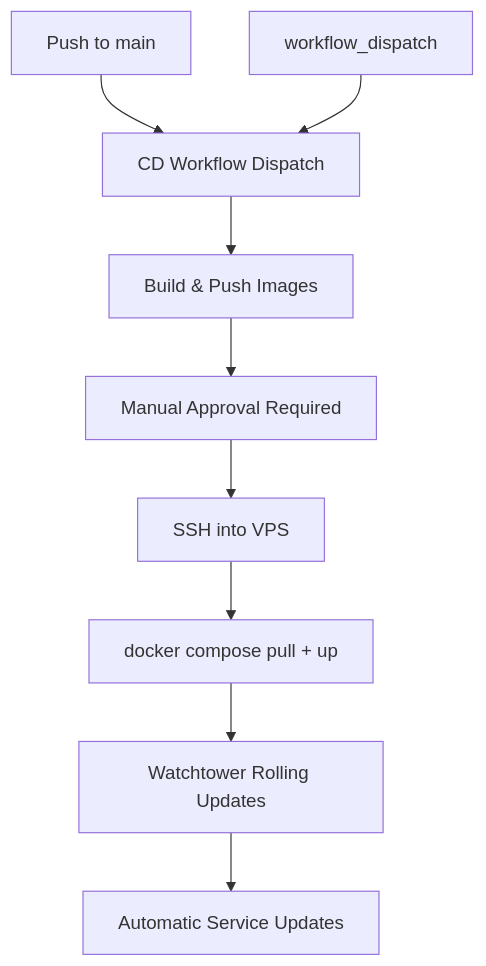
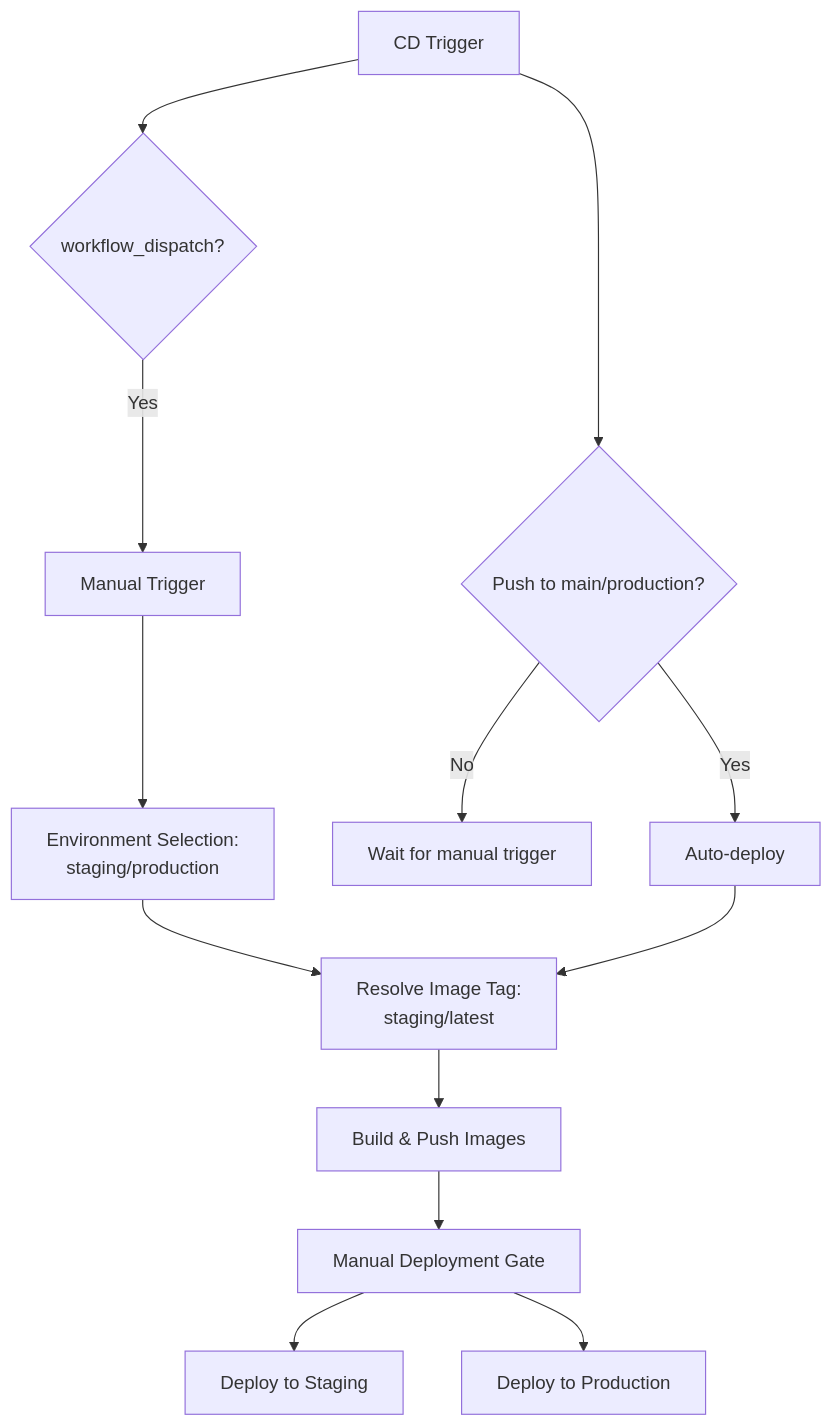
The eighth of 13 diagrams in .qoder/repowiki/en/content/Deployment & DevOps/CI_CD Pipelines.md (Revanththetalogics/aireume), drawn with Mermaid before and after one commit. The commit also changed other lines of this file and 9 other files, not shown here.

First line of the commit message:
fix: staging migration crash + preserve production volumes

````diff
--- a/.qoder/repowiki/en/content/Deployment & DevOps/CI_CD Pipelines.md
+++ b/.qoder/repowiki/en/content/Deployment & DevOps/CI_CD Pipelines.md
@@ -339,11 +339,15 @@
 ```mermaid
 flowchart TD
-Push["Push to main"] --> CDTrigger["CD Workflow Dispatch"]
-Dispatch["workflow_dispatch"] --> CDTrigger
-CDTrigger --> BuildImages["Build & Push Images"]
-BuildImages --> ManualGate["Manual Approval Required"]
-ManualGate --> VPS["SSH into VPS"]
-VPS --> Compose["docker compose pull + up"]
-Compose --> Watchtower["Watchtower Rolling Updates"]
-Watchtower --> Services["Automatic Service Updates"]
+Trigger["CD Trigger"] --> PushCheck{"Push to main/production?"}
+Trigger --> DispatchCheck{"workflow_dispatch?"}
+PushCheck --> |Yes| AutoDeploy["Auto-deploy"]
+PushCheck --> |No| Wait["Wait for manual trigger"]
+DispatchCheck --> |Yes| ManualTrigger["Manual Trigger"]
+ManualTrigger --> EnvSelect["Environment Selection:<br/>staging/production"]
+EnvSelect --> TagResolve["Resolve Image Tag:<br/>staging/latest"]
+AutoDeploy --> TagResolve
+TagResolve --> BuildPush["Build & Push Images"]
+BuildPush --> DeployGate["Manual Deployment Gate"]
+DeployGate --> Staging["Deploy to Staging"]
+DeployGate --> Production["Deploy to Production"]
 ```
````
